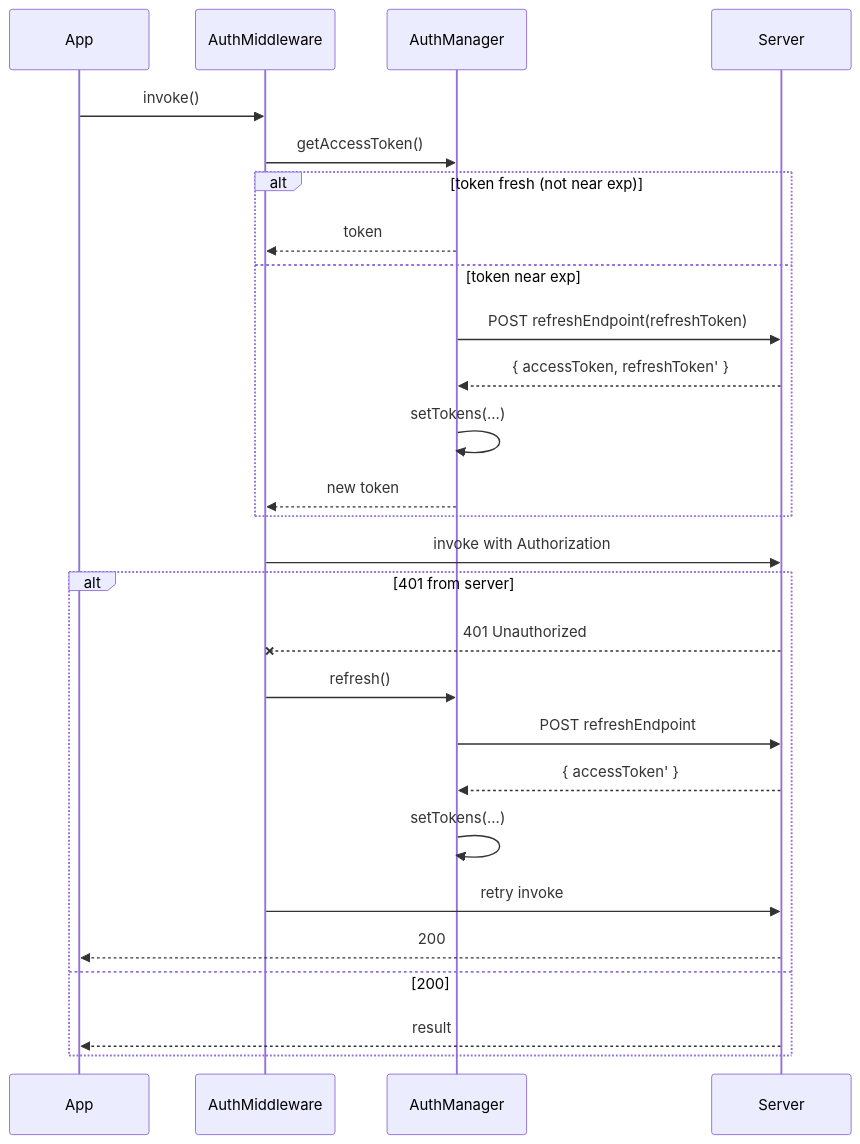
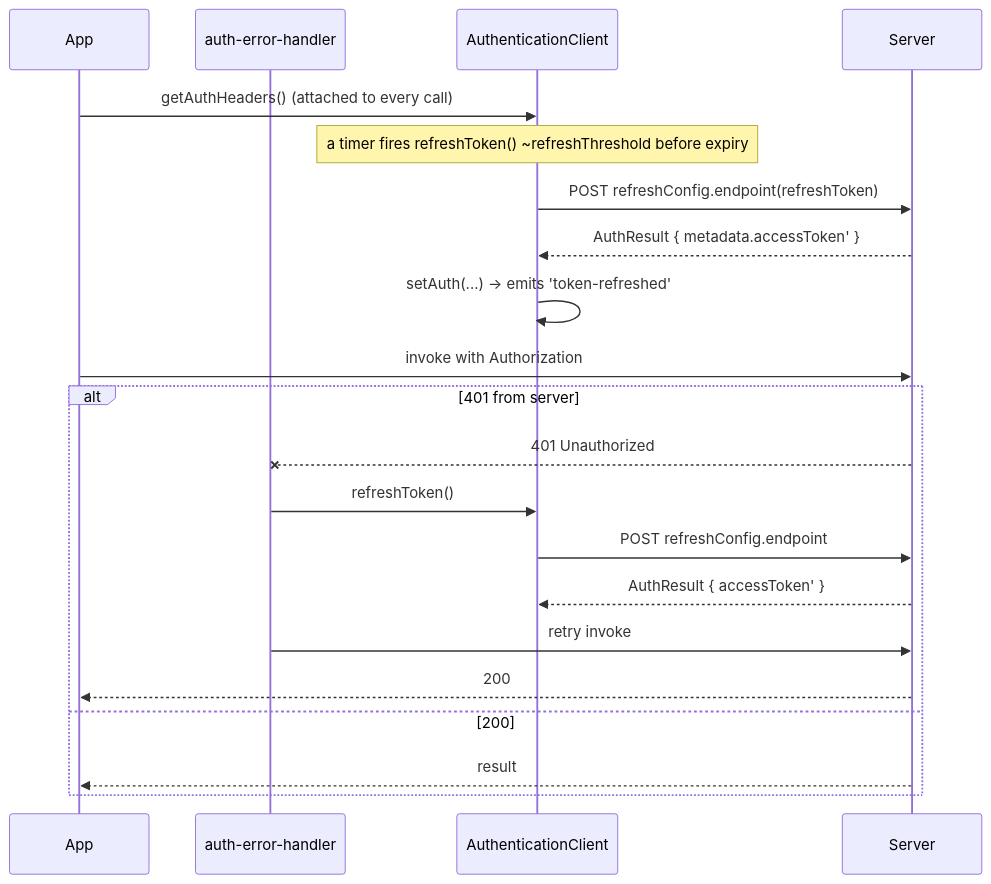
One commit to omnitron-dev/website changed the first of 2 diagrams in docs/frontend/netron/auth.md. Above: the diagram before and after it, drawn with Mermaid. The commit also changed other lines of this file and 11 other files, not shown here.

First line of the commit message:
docs: rewrite netron-browser auth + middleware docs to the real API

````diff
--- a/docs/frontend/netron/auth.md
+++ b/docs/frontend/netron/auth.md
@@ -95,30 +161,24 @@
 ```mermaid
 sequenceDiagram
   participant App
-  participant MW as AuthMiddleware
-  participant Auth as AuthManager
+  participant MW as auth-error-handler
+  participant Auth as AuthenticationClient
   participant Server
 
-  App->>MW: invoke()
-  MW->>Auth: getAccessToken()
-  alt token fresh (not near exp)
-    Auth-->>MW: token
-  else token near exp
-    Auth->>Server: POST refreshEndpoint(refreshToken)
-    Server-->>Auth: { accessToken, refreshToken' }
-    Auth->>Auth: setTokens(...)
-    Auth-->>MW: new token
-  end
-  MW->>Server: invoke with Authorization
+  App->>Auth: getAuthHeaders()  (attached to every call)
+  Note over Auth: a timer fires refreshToken() ~refreshThreshold before expiry
+  Auth->>Server: POST refreshConfig.endpoint(refreshToken)
+  Server-->>Auth: AuthResult { metadata.accessToken' }
+  Auth->>Auth: setAuth(...)  → emits 'token-refreshed'
+  App->>Server: invoke with Authorization
   alt 401 from server
     Server--xMW: 401 Unauthorized
-    MW->>Auth: refresh()
-    Auth->>Server: POST refreshEndpoint
-    Server-->>Auth: { accessToken' }
-    Auth->>Auth: setTokens(...)
+    MW->>Auth: refreshToken()
+    Auth->>Server: POST refreshConfig.endpoint
+    Server-->>Auth: AuthResult { accessToken' }
     MW->>Server: retry invoke
     Server-->>App: 200
   else 200
     Server-->>App: result
   end
 ```
````
